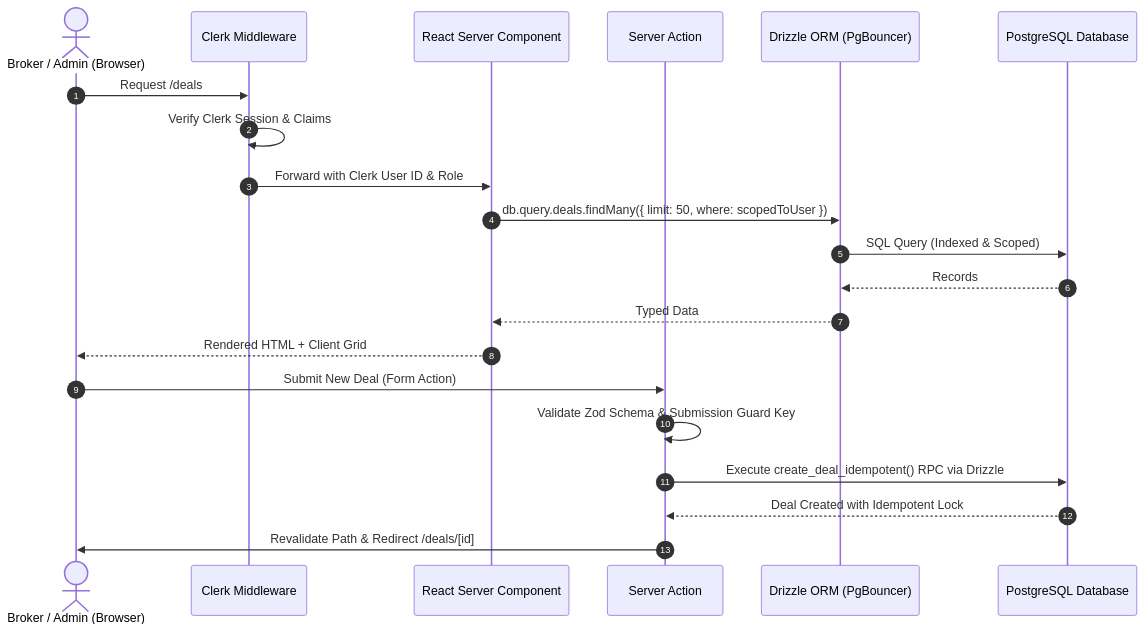
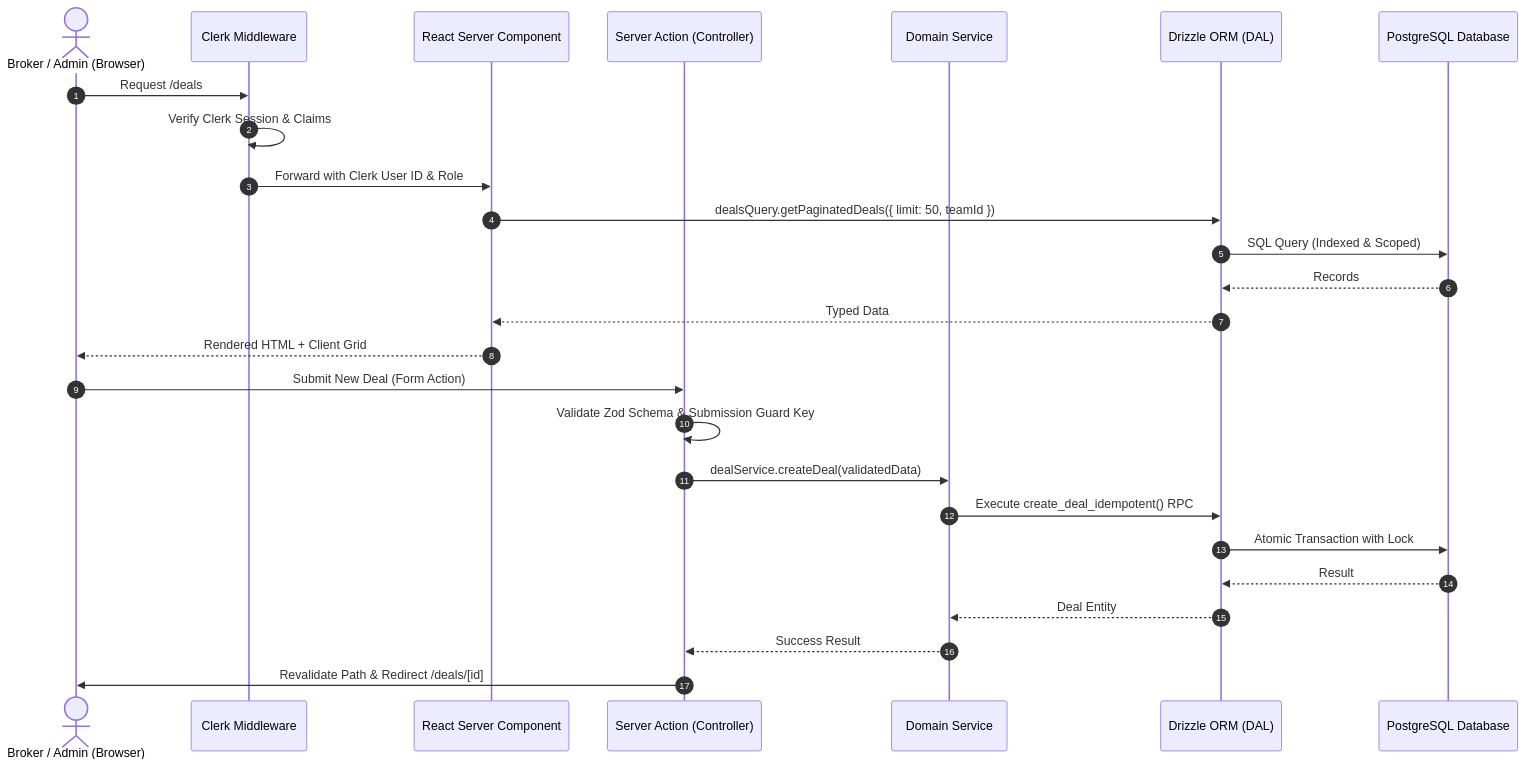
The first of 2 diagrams in docs/NEXTJS_MIGRATION_AND_CLEANUP_PLAN.md (InsureKar/pk-policy-hub), drawn with Mermaid before and after one commit. The commit also changed other lines of this file, not shown here.

````diff
--- a/docs/NEXTJS_MIGRATION_AND_CLEANUP_PLAN.md
+++ b/docs/NEXTJS_MIGRATION_AND_CLEANUP_PLAN.md
@@ -301,25 +416,30 @@
 ```mermaid
 sequenceDiagram
     autonumber
     actor User as Broker / Admin (Browser)
     participant MW as Clerk Middleware
     participant RSC as React Server Component
-    participant SA as Server Action
-    participant Drizzle as Drizzle ORM (PgBouncer)
+    participant SA as Server Action (Controller)
+    participant Svc as Domain Service
+    participant DAL as Drizzle ORM (DAL)
     participant DB as PostgreSQL Database
 
     User->>MW: Request /deals
     MW->>MW: Verify Clerk Session & Claims
     MW->>RSC: Forward with Clerk User ID & Role
-    RSC->>Drizzle: db.query.deals.findMany({ limit: 50, where: scopedToUser })
-    Drizzle->>DB: SQL Query (Indexed & Scoped)
-    DB-->>Drizzle: Records
-    Drizzle-->>RSC: Typed Data
+    RSC->>DAL: dealsQuery.getPaginatedDeals({ limit: 50, teamId })
+    DAL->>DB: SQL Query (Indexed & Scoped)
+    DB-->>DAL: Records
+    DAL-->>RSC: Typed Data
     RSC-->>User: Rendered HTML + Client Grid
 
     User->>SA: Submit New Deal (Form Action)
     SA->>SA: Validate Zod Schema & Submission Guard Key
-    SA->>DB: Execute create_deal_idempotent() RPC via Drizzle
-    DB-->>SA: Deal Created with Idempotent Lock
+    SA->>Svc: dealService.createDeal(validatedData)
+    Svc->>DAL: Execute create_deal_idempotent() RPC
+    DAL->>DB: Atomic Transaction with Lock
+    DB-->>DAL: Result
+    DAL-->>Svc: Deal Entity
+    Svc-->>SA: Success Result
     SA->>User: Revalidate Path & Redirect /deals/[id]
 ```
````
